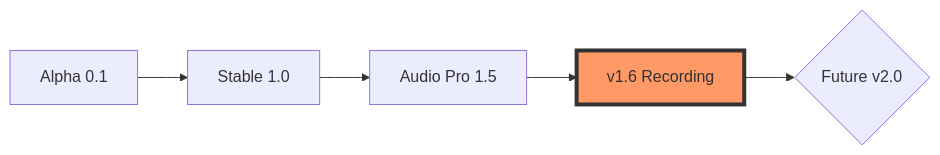
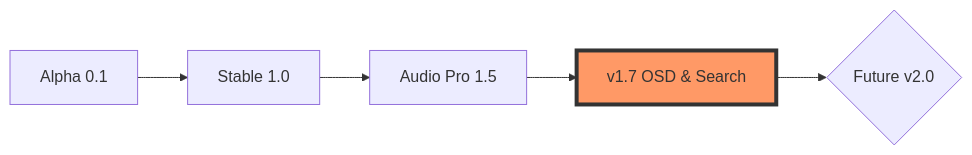
One commit to NightBossman/volumeflow changed the diagram in Roadmap.md. Above: the diagram before and after it, drawn with Mermaid. The commit also changed other lines of this file and 4 other files, not shown here.

Commit message:
Update version to v1.7.0 and documentation. Add Roadmap.md and OSD.

````diff
--- a/Roadmap.md
+++ b/Roadmap.md
@@ -53,8 +53,8 @@
 ```mermaid
 graph LR
     A[Alpha 0.1] --> B[Stable 1.0]
     B --> C[Audio Pro 1.5]
-    C --> D[v1.6 Recording]
+    C --> D[v1.7 OSD & Search]
     D --> E{Future v2.0}
     style D fill:#f96,stroke:#333,stroke-width:4px
 ```
````
